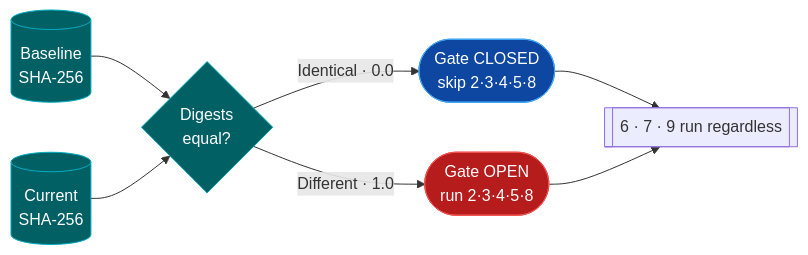
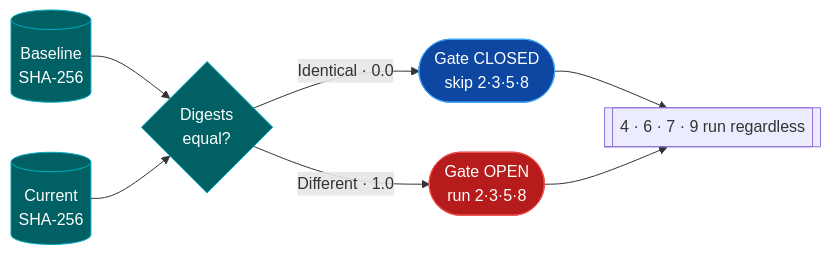
One commit to Ns81000/WARDRESS changed the diagram in docs/layers/1-content-hash.mdx. Above: the diagram before and after it, drawn with Mermaid. The commit also changed other lines of this file and 6 other files, not shown here.

````diff
--- a/docs/layers/1-content-hash.mdx
+++ b/docs/layers/1-content-hash.mdx
@@ -57,14 +57,14 @@
 ```mermaid
 flowchart LR
     B[("Baseline<br/>SHA-256")]:::src --> EQ{"Digests<br/>equal?"}
     C[("Current<br/>SHA-256")]:::src --> EQ
-    EQ -->|"Identical · 0.0"| SKIP(["Gate CLOSED<br/>skip 2·3·4·5·8"]):::cool
-    EQ -->|"Different · 1.0"| RUN(["Gate OPEN<br/>run 2·3·4·5·8"]):::hot
-    SKIP --> ALW[["6 · 7 · 9 run regardless"]]
+    EQ -->|"Identical · 0.0"| SKIP(["Gate CLOSED<br/>skip 2·3·5·8"]):::cool
+    EQ -->|"Different · 1.0"| RUN(["Gate OPEN<br/>run 2·3·5·8"]):::hot
+    SKIP --> ALW[["4 · 6 · 7 · 9 run regardless"]]
     RUN --> ALW
 
     classDef src fill:#006064,stroke:#00acc1,color:#fff;
     classDef cool fill:#0d47a1,stroke:#42a5f5,color:#fff;
     classDef hot fill:#b71c1c,stroke:#ef5350,color:#fff;
     class EQ src;
 ```
````
